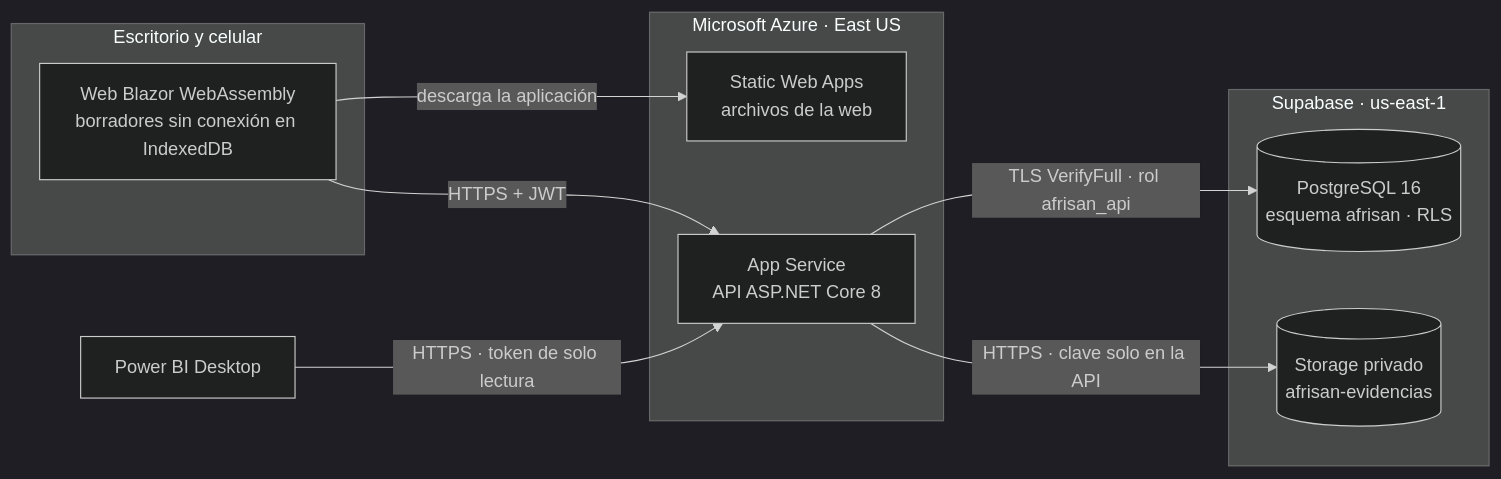
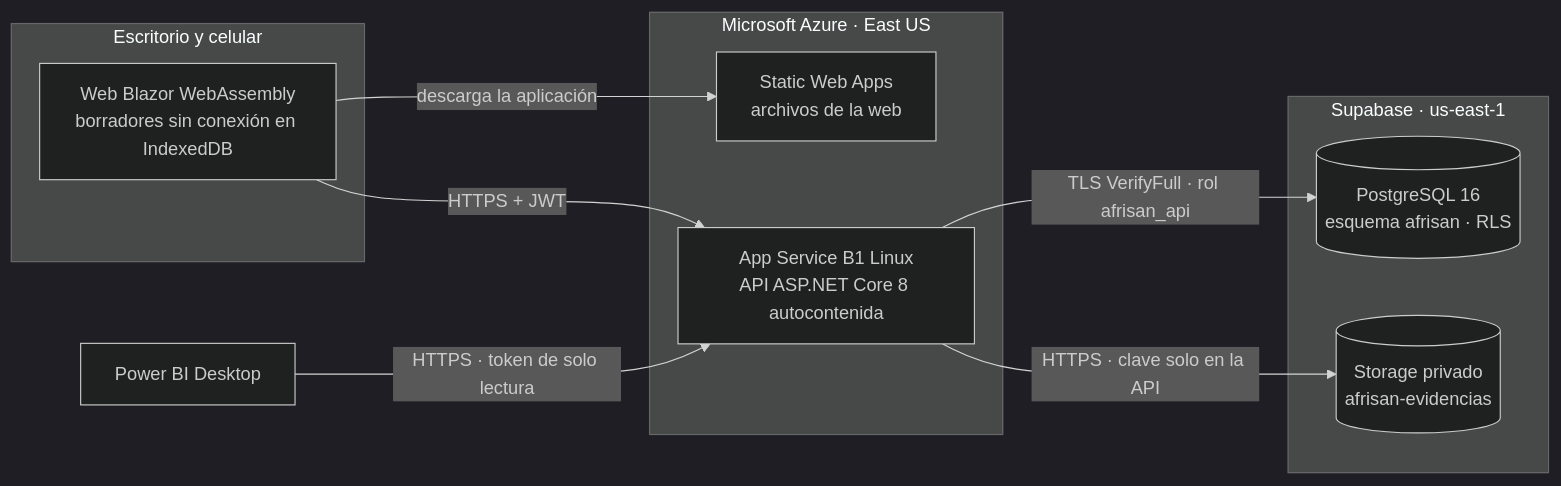
Before and after one commit to dantemoya/AFRISAN-APT: the diagram in README.md, drawn with Mermaid (dark theme). The commit also changed other lines of this file and 84 other files, not shown here.

````diff
--- a/README.md
+++ b/README.md
@@ -128,20 +128,20 @@
 ```mermaid
 flowchart LR
     subgraph Dispositivos["Escritorio y celular"]
         WEB["Web Blazor WebAssembly<br/>borradores sin conexión en IndexedDB"]
     end
     subgraph Azure["Microsoft Azure · East US"]
         SWA["Static Web Apps<br/>archivos de la web"]
-        API["App Service<br/>API ASP.NET Core 8"]
+        API["App Service B1 Linux<br/>API ASP.NET Core 8 autocontenida"]
     end
     subgraph Supabase["Supabase · us-east-1"]
         PG[("PostgreSQL 16<br/>esquema afrisan · RLS")]
         ST[("Storage privado<br/>afrisan-evidencias")]
     end
     PBI["Power BI Desktop"]
     WEB -- "descarga la aplicación" --> SWA
     WEB -- "HTTPS + JWT" --> API
     API -- "TLS VerifyFull · rol afrisan_api" --> PG
     API -- "HTTPS · clave solo en la API" --> ST
     PBI -- "HTTPS · token de solo lectura" --> API
 ```
````
